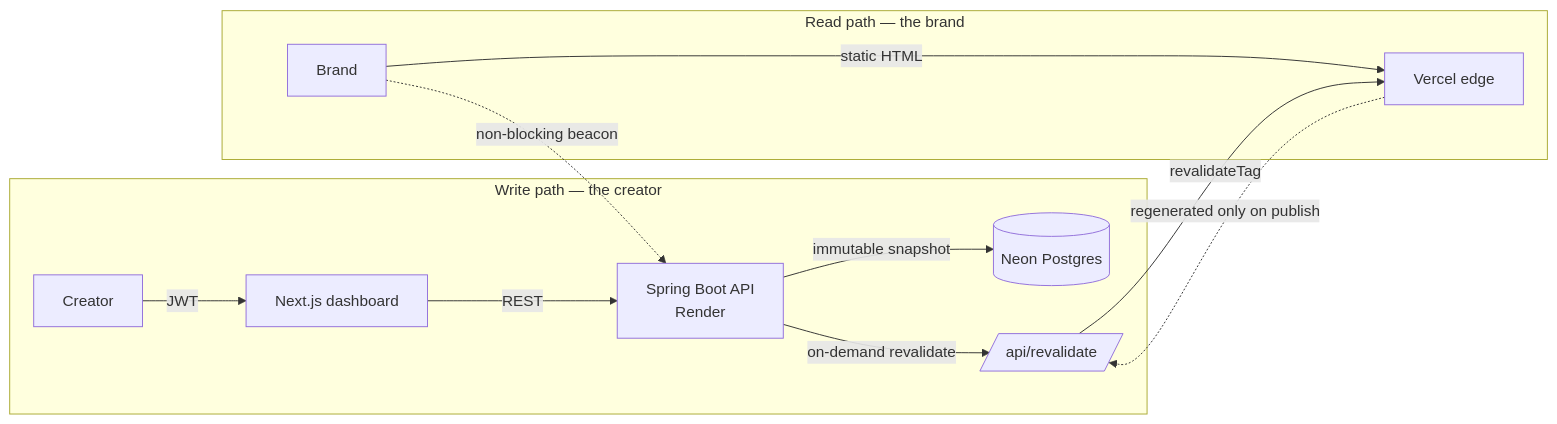
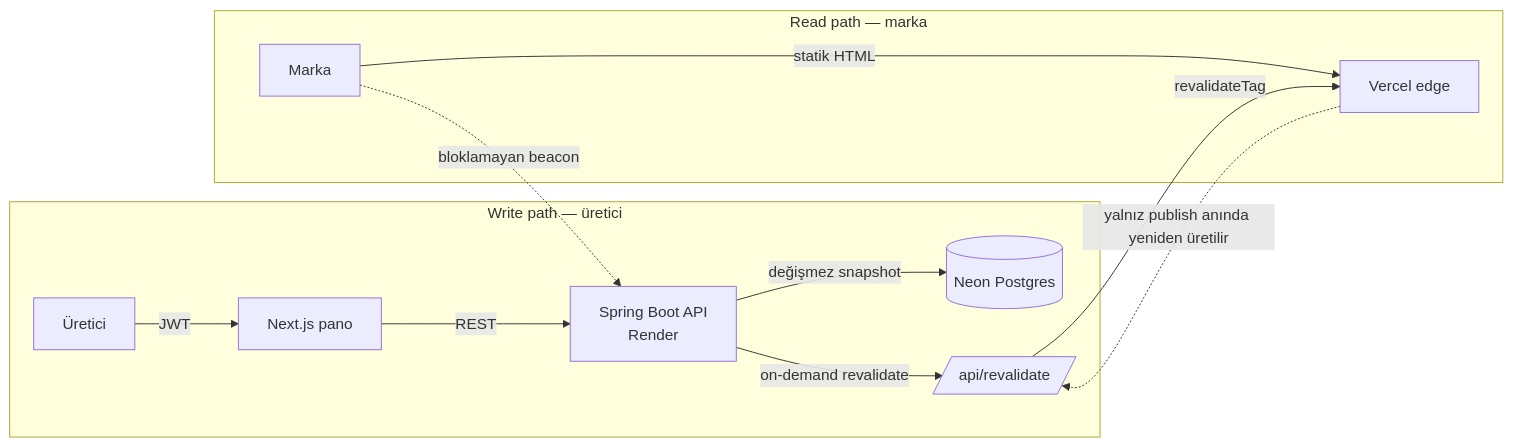
Before and after one commit to YusufKosarDev/localmediakit: the diagram in README.md, drawn with Mermaid. The commit also changed other lines of this file and 1 other file, not shown here.

````diff
--- a/README.md
+++ b/README.md
@@ -39,15 +262,15 @@
 ```mermaid
 flowchart LR
-    subgraph W["Write path — the creator"]
-        U[Creator] -->|JWT| D[Next.js dashboard]
+    subgraph W["Write path — üretici"]
+        U[Üretici] -->|JWT| D[Next.js pano]
         D -->|REST| B[Spring Boot API<br/>Render]
-        B -->|immutable snapshot| DB[(Neon Postgres)]
+        B -->|değişmez snapshot| DB[(Neon Postgres)]
         B -->|on-demand revalidate| RV[/api/revalidate/]
     end
-    subgraph R["Read path — the brand"]
-        M[Brand] -->|static HTML| E[Vercel edge]
-        E -.->|regenerated only on publish| RV
-        M -.->|non-blocking beacon| B
+    subgraph R["Read path — marka"]
+        M[Marka] -->|statik HTML| E[Vercel edge]
+        E -.->|yalnız publish anında yeniden üretilir| RV
+        M -.->|bloklamayan beacon| B
     end
     RV -->|revalidateTag| E
 ```
````
